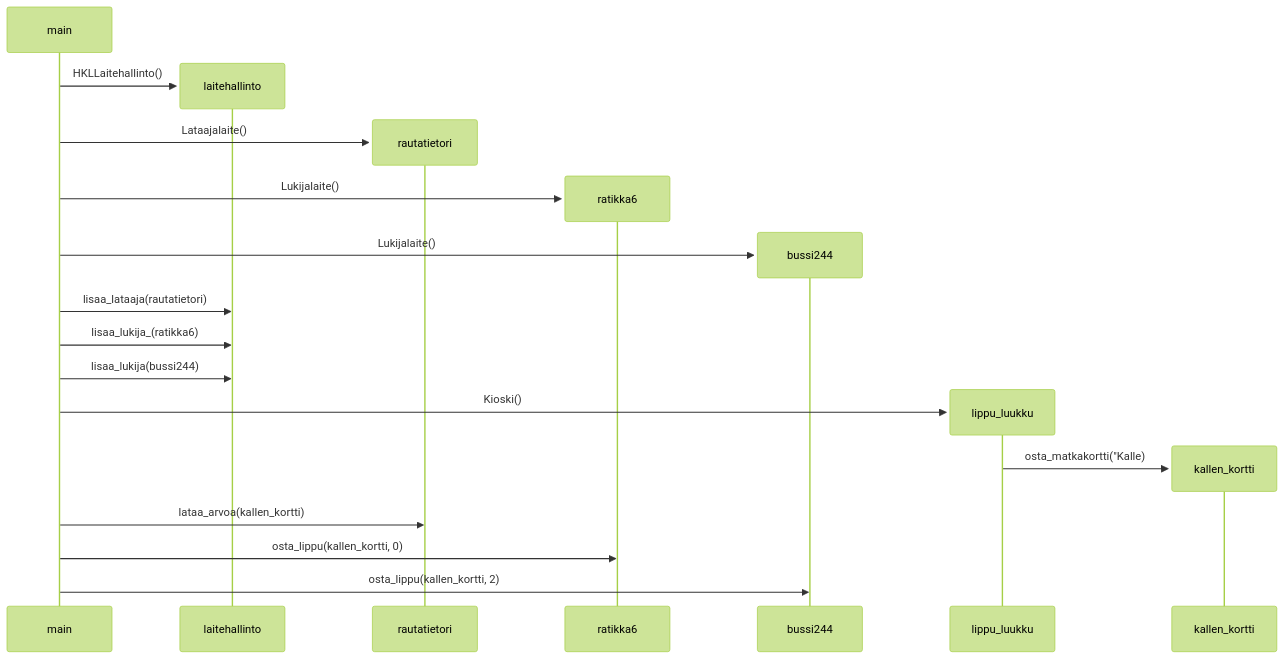
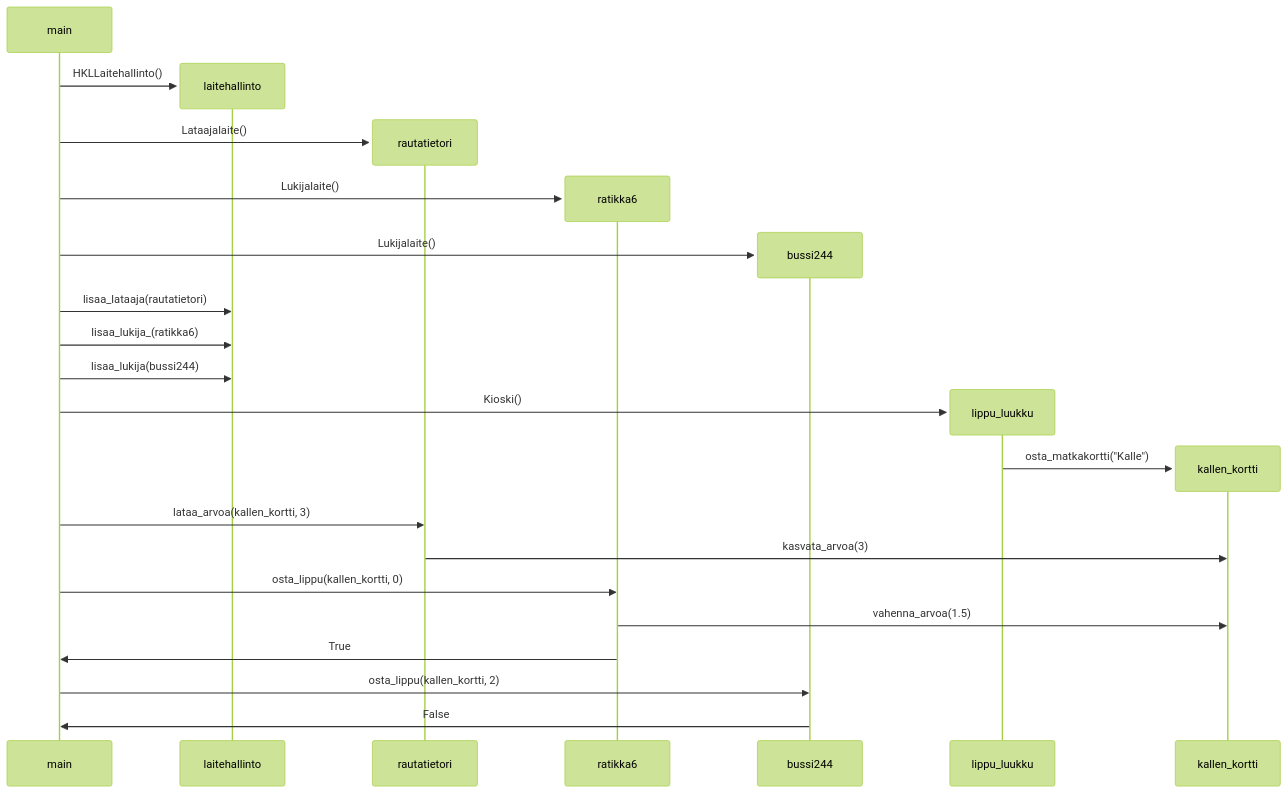
The diagram in laskarit/viikko3/hsl.md (BlueShiftButterfly/Ohjelmistotekniikka), drawn with Mermaid (forest theme) before and after one commit.

Commit message:
Sekvenssikaavio v4

````diff
--- a/laskarit/viikko3/hsl.md
+++ b/laskarit/viikko3/hsl.md
@@ -3,26 +3,31 @@
 ```mermaid
 sequenceDiagram
     participant main
     create participant laitehallinto
     main->>laitehallinto: HKLLaitehallinto()
     create participant rautatietori
     main->>rautatietori: Lataajalaite()
     create participant ratikka6
     main->>ratikka6: Lukijalaite()
     create participant bussi244
     main->>bussi244: Lukijalaite()
 
     main->>laitehallinto: lisaa_lataaja(rautatietori)
     main->>laitehallinto: lisaa_lukija_(ratikka6)
     main->>laitehallinto: lisaa_lukija(bussi244)
 
     create participant lippu_luukku
     main->>lippu_luukku: Kioski()
 
     create participant kallen_kortti
-    lippu_luukku->>kallen_kortti: osta_matkakortti("Kalle)
+    lippu_luukku->>kallen_kortti: osta_matkakortti("Kalle")
 
-    main->>rautatietori: lataa_arvoa(kallen_kortti)
+    main->>rautatietori: lataa_arvoa(kallen_kortti, 3)
+    rautatietori->>kallen_kortti: kasvata_arvoa(3)
+
     main->>ratikka6: osta_lippu(kallen_kortti, 0)
+    ratikka6->>kallen_kortti: vahenna_arvoa(1.5)
+    ratikka6->>main: True
     main->>bussi244: osta_lippu(kallen_kortti, 2)
+    bussi244->>main: False
 ```
````
